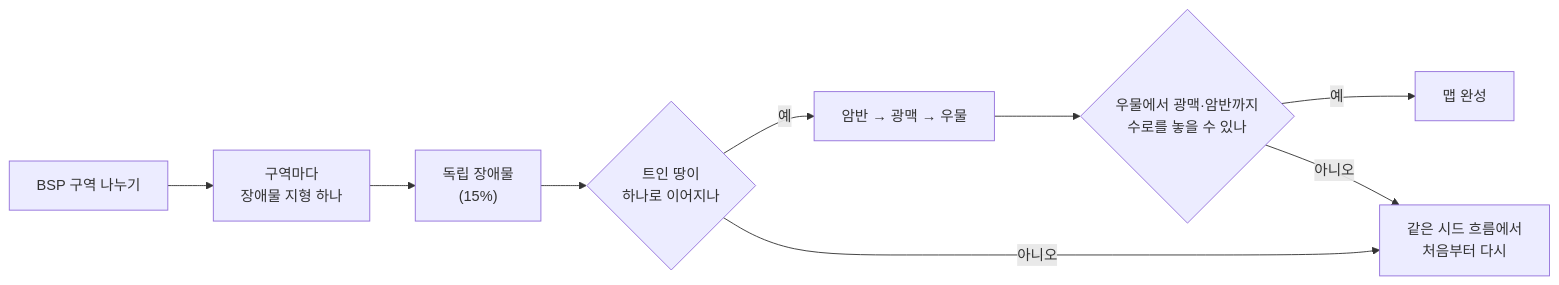
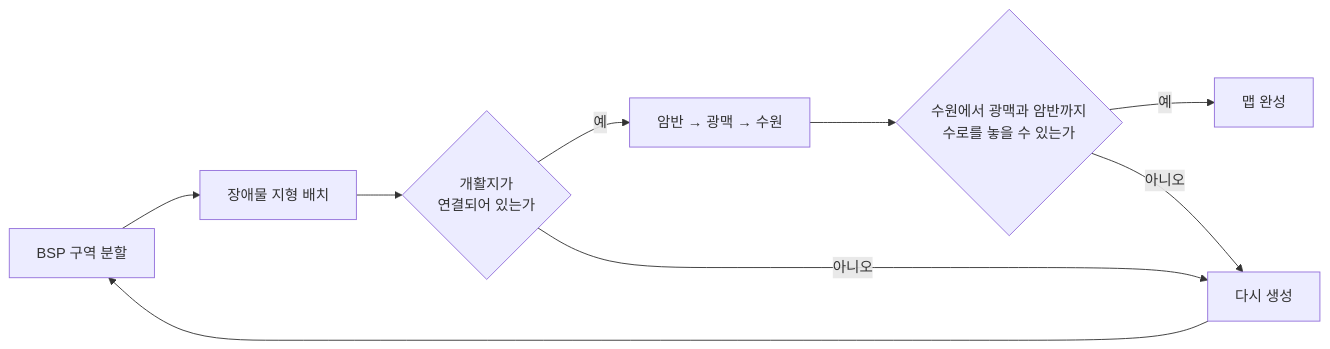
Before and after one commit to ashadeveloperr/ashadeveloperr.github.io: the sixth of 8 diagrams in src/3-desert-settlement/기술문서.md, drawn with Mermaid. The commit also changed other lines of this file and 2 other files, not shown here.

````diff
--- a/src/3-desert-settlement/기술문서.md
+++ b/src/3-desert-settlement/기술문서.md
@@ -248,11 +304,10 @@
 ```mermaid
 flowchart LR
   %% simple — 작은 설명 도표: 상세 문서에서 원문·크게 보기 줄을 숨김
-  %% ProceduralMapGenerator.cs 123~168
-  B["BSP 구역 나누기"] --> O["구역마다<br/>장애물 지형 하나"] --> I["독립 장애물<br/>(15%)"] --> C1{"트인 땅이<br/>하나로 이어지나"}
-  %% ProceduralMapGenerator.cs 170~245
-  C1 -->|"예"| P["암반 → 광맥 → 우물"] --> C2{"우물에서 광맥·암반까지<br/>수로를 놓을 수 있나"}
+  B["BSP 구역 분할"] --> O["장애물 지형 배치"] --> C1{"개활지가<br/>연결되어 있는가"}
+  C1 -->|"예"| P["암반 → 광맥 → 수원"] --> C2{"수원에서 광맥과 암반까지<br/>수로를 놓을 수 있는가"}
   C2 -->|"예"| OK["맵 완성"]
-  C1 -->|"아니오"| RE["같은 시드 흐름에서<br/>처음부터 다시"]
+  C1 -->|"아니오"| RE["다시 생성"]
   C2 -->|"아니오"| RE
+  RE --> B
 ```
````
